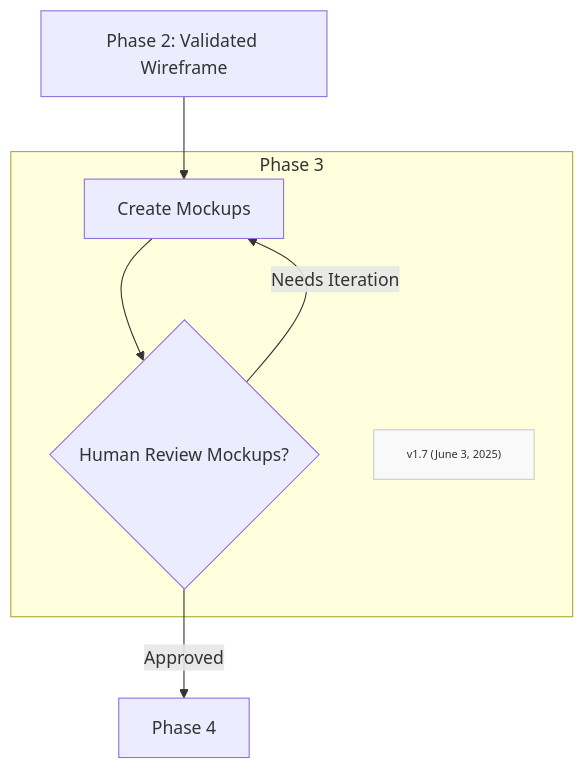
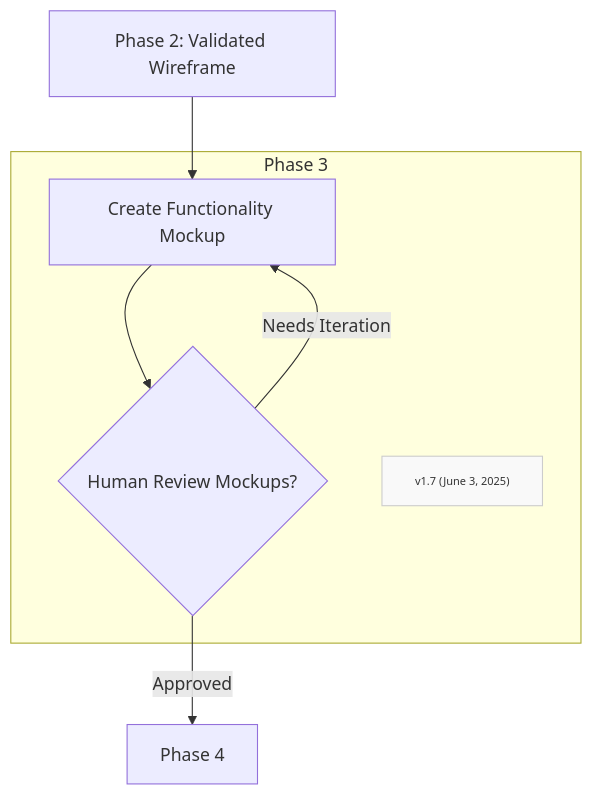
Before and after one commit to Mharbulous/Front-First-Method: the diagram in Phases/FF-phase3.md, drawn with Mermaid. The commit also changed other lines of this file and 3 other files, not shown here.

````diff
--- a/Phases/FF-phase3.md
+++ b/Phases/FF-phase3.md
@@ -2,18 +2,18 @@
 ```mermaid
 graph TD
     
-B1["Phase 2: Validated Wireframe"] --> B2["Create Mockups"]
+B1["Phase 2: Validated Wireframe"] --> B2["Create Functionality Mockup"]
 
         subgraph Phase3["Phase 3"]
         B2 --> B2_Val{"Human Review Mockups?"}
         B2_Val -->|Needs Iteration| B2
         Version["v1.7 (June 3, 2025)"]
         classDef version fill:#f9f9f9,stroke:#ccc,font-size:10px
         class Version version
         
     end
 
 B2_Val -->|Approved| B3["Phase 4"]
 
 
 ```
````
